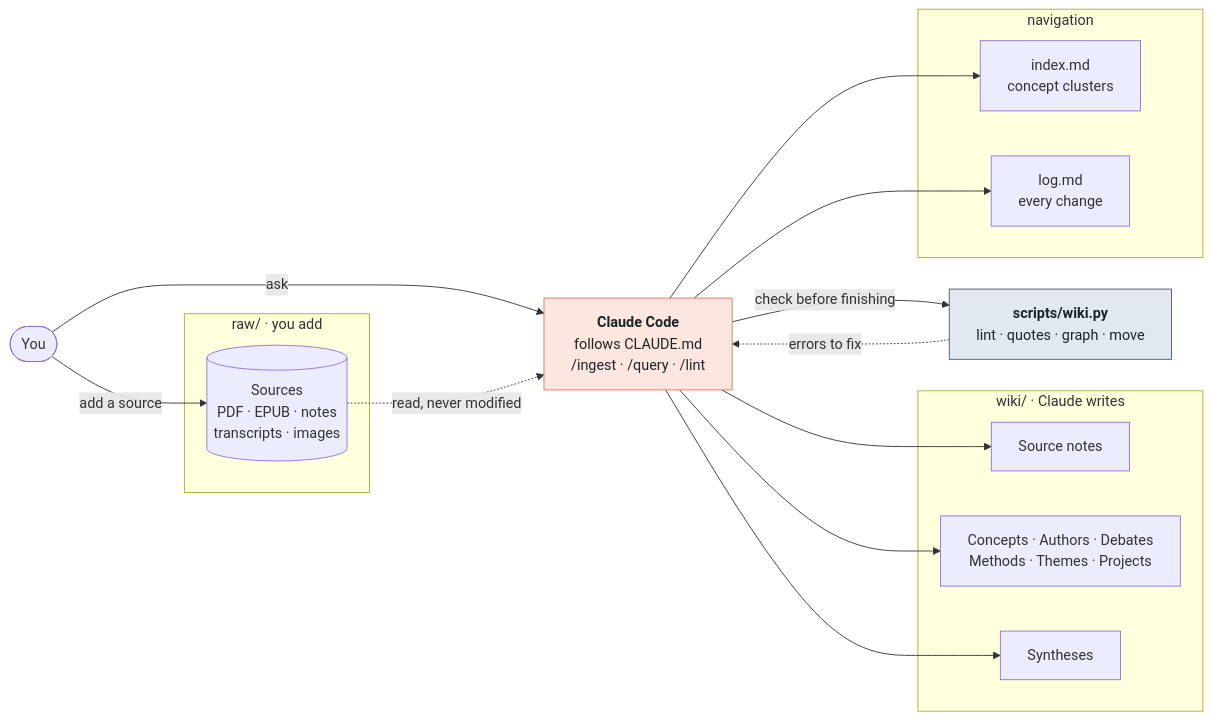
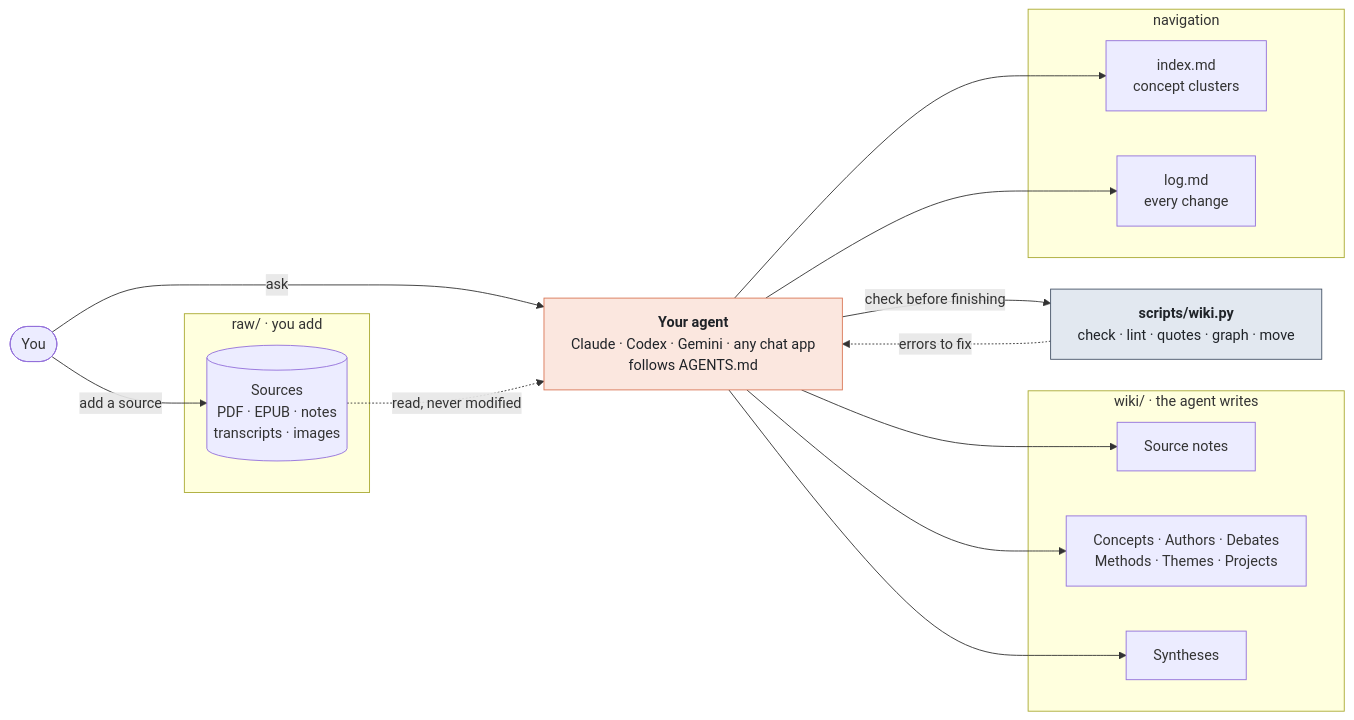
One commit to MetamusicX/zissa-wiki changed the first of 4 diagrams in README.md. Above: the diagram before and after it, drawn with Mermaid. The commit also changed other lines of this file and 18 other files, not shown here.

First line of the commit message:
v1.2.0: model-agnostic — AGENTS.md schema, chat-app bridge, portable checks (#3)

````diff
--- a/README.md
+++ b/README.md
@@ -34,33 +62,33 @@
 ```mermaid
 %%{init: {"flowchart": {"wrappingWidth": 400}}}%%
 flowchart LR
     you(["You"])
-    agent["<b>Claude Code</b><br/>follows CLAUDE.md<br/>/ingest · /query · /lint"]
-    tool["<b>scripts/wiki.py</b><br/>lint · quotes · graph · move"]
+    agent["<b>Your agent</b><br/>Claude · Codex · Gemini · any chat app<br/>follows AGENTS.md"]
+    tool["<b>scripts/wiki.py</b><br/>check · lint · quotes · graph · move"]
 
     subgraph RAW["raw/ · you add"]
         src[("Sources<br/>PDF · EPUB · notes<br/>transcripts · images")]
     end
-    subgraph WIKI["wiki/ · Claude writes"]
+    subgraph WIKI["wiki/ · the agent writes"]
         sn["Source notes"]
         pages["Concepts · Authors · Debates<br/>Methods · Themes · Projects"]
         syn["Syntheses"]
     end
     subgraph NAV["navigation"]
         idx["index.md<br/>concept clusters"]
         log["log.md<br/>every change"]
     end
 
     you -- "add a source" --> src
     you -- "ask" --> agent
     src -. "read, never modified" .-> agent
     agent --> sn & pages & syn
     agent --> idx & log
     agent -- "check before finishing" --> tool
     tool -. "errors to fix" .-> agent
 
     classDef ai fill:#fbe7df,stroke:#d97757,color:#1f2328
     classDef det fill:#e2e8f0,stroke:#475569,color:#1f2328
     class agent ai
     class tool det
 ```
````
